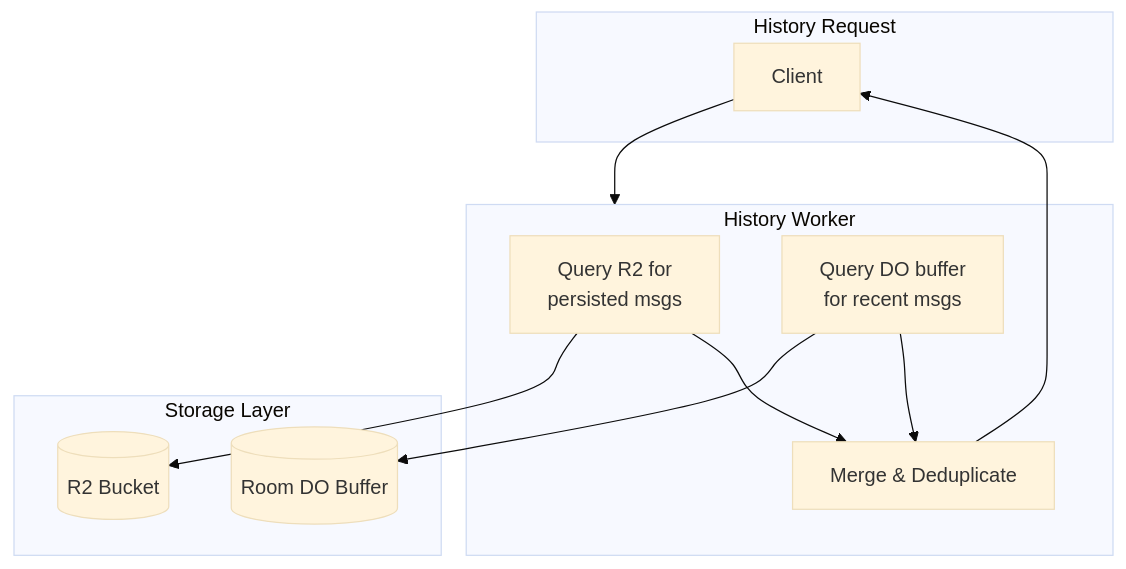
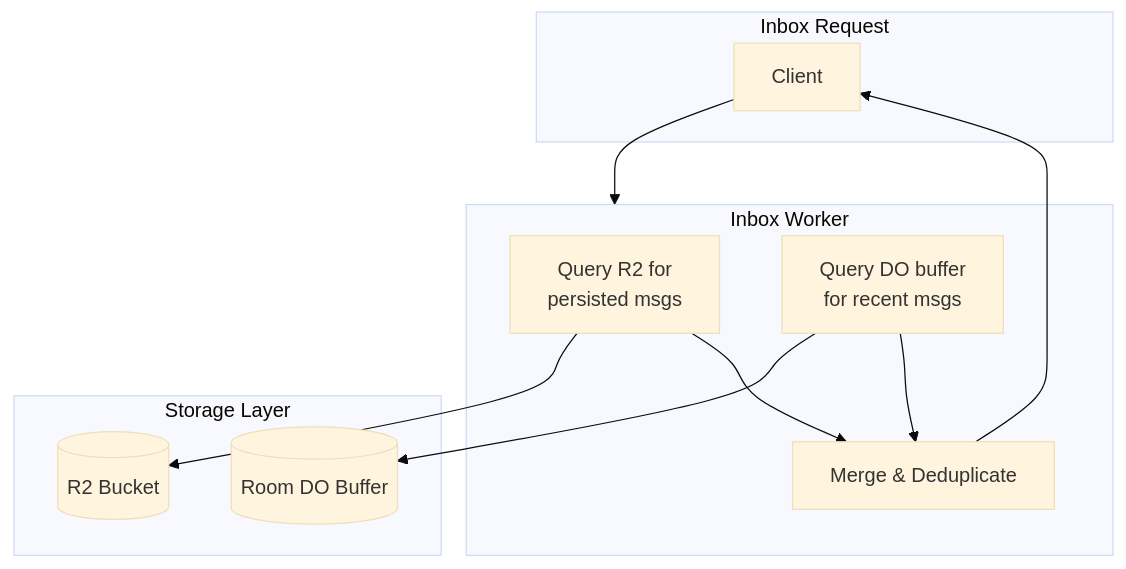
The third of 4 diagrams in infra-cf/data-plane.md (tunnl3d/design), drawn with Mermaid (base theme) before and after one commit. The commit also changed other lines of this file and 4 other files, not shown here.

````diff
--- a/infra-cf/data-plane.md
+++ b/infra-cf/data-plane.md
@@ -94,24 +183,24 @@
 ```mermaid
 flowchart TD
-    subgraph Request["History Request"]
+    subgraph Request["Inbox Request"]
         C[Client]
     end
     
-    subgraph HW["History Worker"]
+    subgraph IW["Inbox Worker"]
         Q1[Query R2 for<br/>persisted msgs]
         Q2[Query DO buffer<br/>for recent msgs]
         M[Merge & Deduplicate]
     end
     
     subgraph Storage["Storage Layer"]
         R2[(R2 Bucket)]
         DO[(Room DO Buffer)]
     end
     
-    C --> HW
+    C --> IW
     Q1 --> R2
     Q2 --> DO
     Q1 --> M
     Q2 --> M
     M --> C
 ```
````
